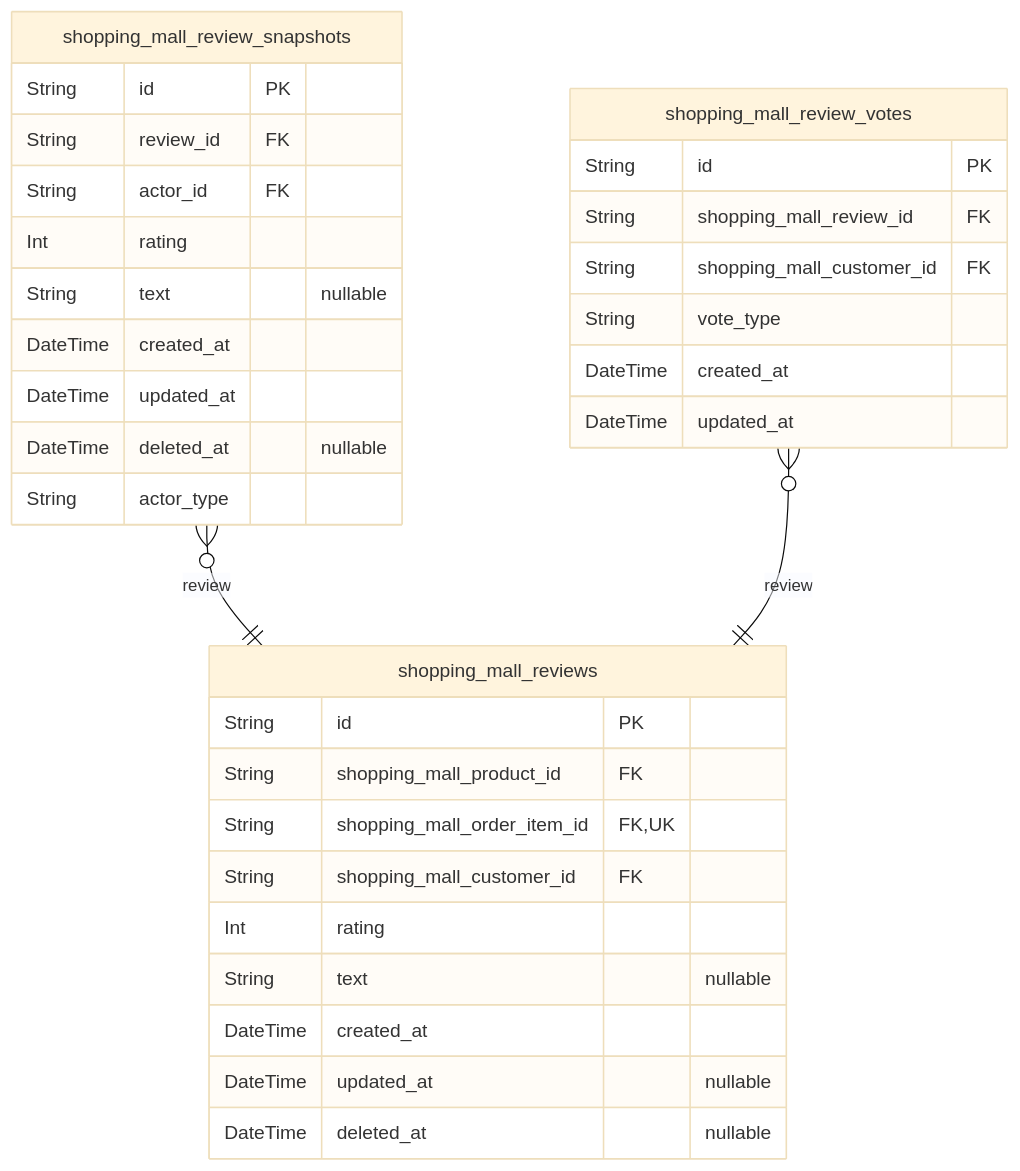
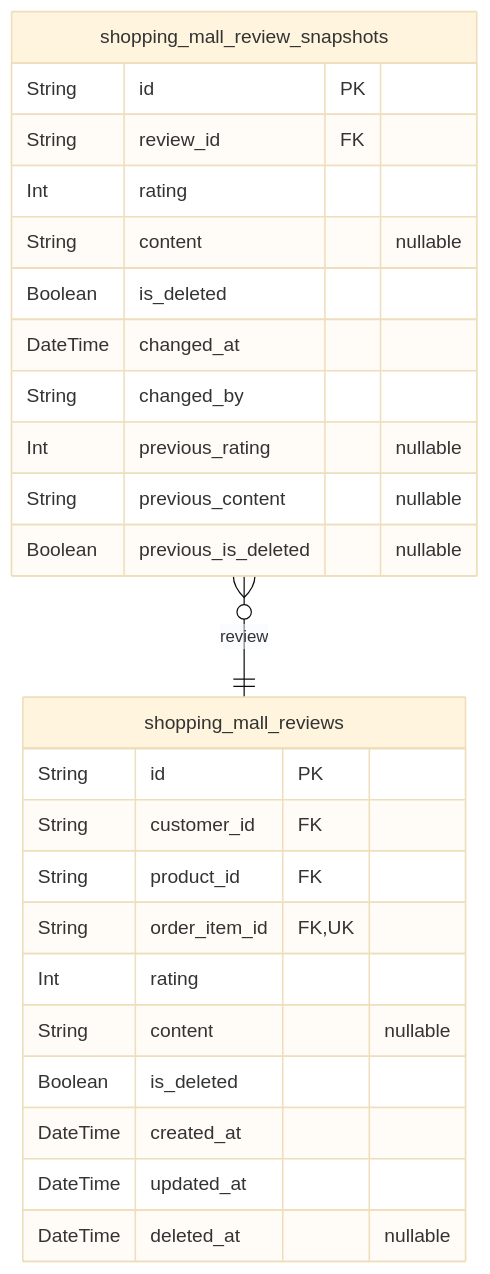
One commit to wrtnlabs/autobe-examples changed the eighth of 10 diagrams in qwen/qwen3-next-80b-a3b-instruct/shopping/docs/ERD.md. Above: the diagram before and after it, drawn with Mermaid (base theme). The commit also changed other lines of this file and 25939 other files, not shown here.

````diff
--- a/qwen/qwen3-next-80b-a3b-instruct/shopping/docs/ERD.md
+++ b/qwen/qwen3-next-80b-a3b-instruct/shopping/docs/ERD.md
@@ -1485,35 +1366,28 @@
 ```mermaid
 erDiagram
 "shopping_mall_reviews" {
   String id PK
-  String shopping_mall_product_id FK
-  String shopping_mall_order_item_id FK,UK
-  String shopping_mall_customer_id FK
+  String customer_id FK
+  String product_id FK
+  String order_item_id FK,UK
   Int rating
-  String text "nullable"
+  String content "nullable"
+  Boolean is_deleted
   DateTime created_at
-  DateTime updated_at "nullable"
+  DateTime updated_at
   DateTime deleted_at "nullable"
 }
 "shopping_mall_review_snapshots" {
   String id PK
   String review_id FK
-  String actor_id FK
   Int rating
-  String text "nullable"
-  DateTime created_at
-  DateTime updated_at
-  DateTime deleted_at "nullable"
-  String actor_type
-}
-"shopping_mall_review_votes" {
-  String id PK
-  String shopping_mall_review_id FK
-  String shopping_mall_customer_id FK
-  String vote_type
-  DateTime created_at
-  DateTime updated_at
+  String content "nullable"
+  Boolean is_deleted
+  DateTime changed_at
+  String changed_by
+  Int previous_rating "nullable"
+  String previous_content "nullable"
+  Boolean previous_is_deleted "nullable"
 }
 "shopping_mall_review_snapshots" }o--|| "shopping_mall_reviews" : review
-"shopping_mall_review_votes" }o--|| "shopping_mall_reviews" : review
 ```
````
